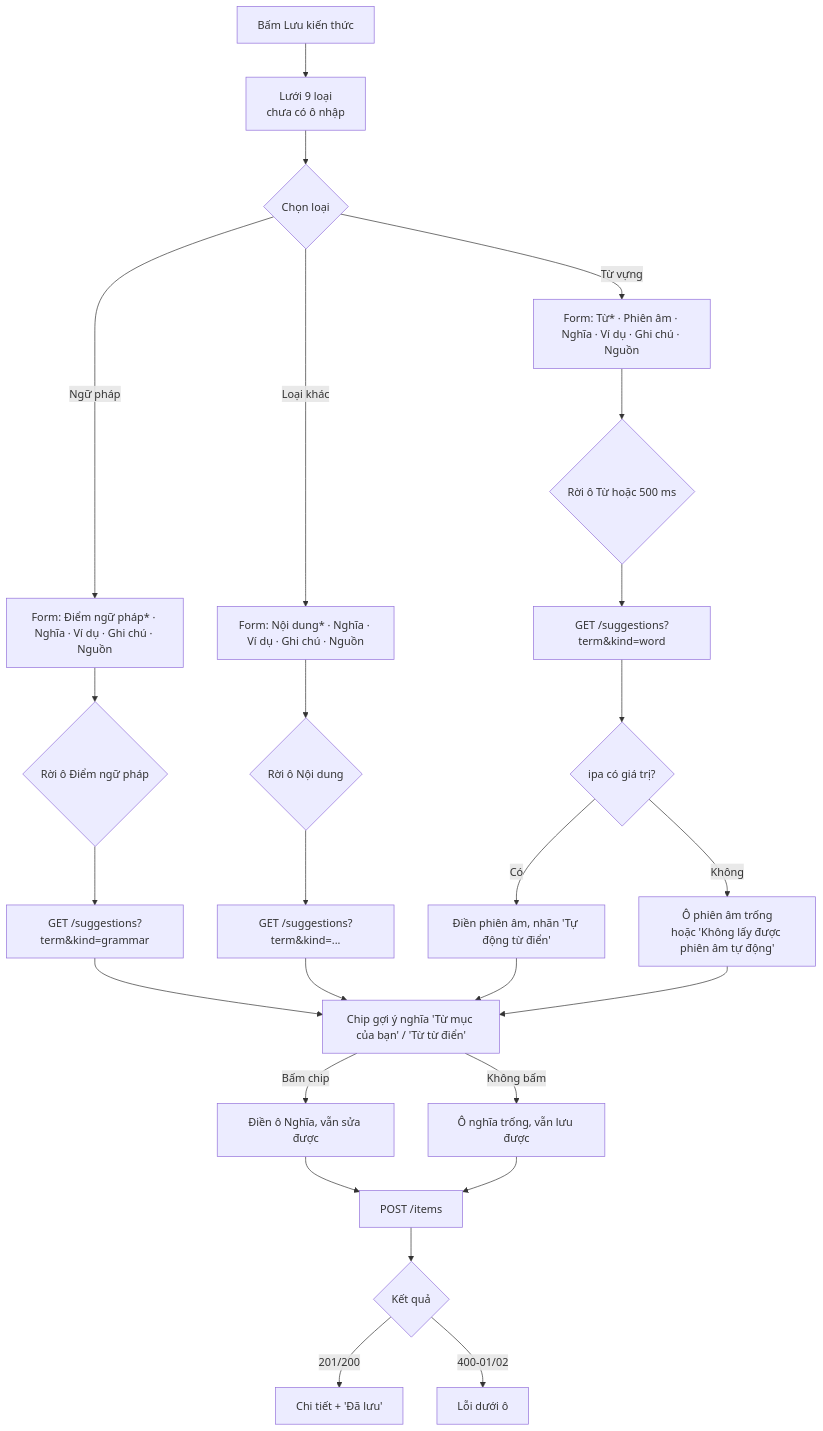
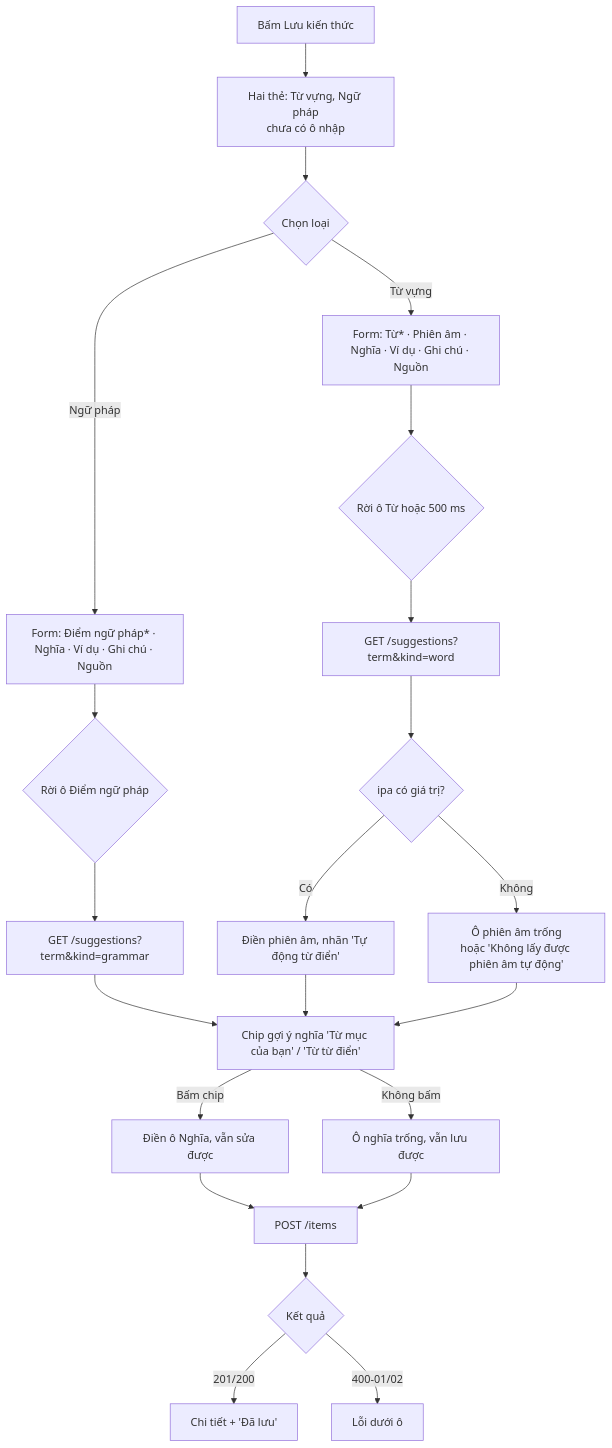
One commit to pamela172103/Lingozi changed the third of 3 diagrams in docs/features/knowledge-items/design/flows.md. Above: the diagram before and after it, drawn with Mermaid. The commit also changed other lines of this file and 13 other files, not shown here.

````diff
--- a/docs/features/knowledge-items/design/flows.md
+++ b/docs/features/knowledge-items/design/flows.md
@@ -56,28 +56,24 @@
 ```mermaid
 flowchart TD
-    A[Bấm Lưu kiến thức] --> K[Lưới 9 loại<br/>chưa có ô nhập]
+    A[Bấm Lưu kiến thức] --> K[Hai thẻ: Từ vựng, Ngữ pháp<br/>chưa có ô nhập]
     K --> T{Chọn loại}
     T -- Từ vựng --> W[Form: Từ* · Phiên âm · Nghĩa · Ví dụ · Ghi chú · Nguồn]
     T -- Ngữ pháp --> G[Form: Điểm ngữ pháp* · Nghĩa · Ví dụ · Ghi chú · Nguồn]
-    T -- Loại khác --> O[Form: Nội dung* · Nghĩa · Ví dụ · Ghi chú · Nguồn]
     W --> WT{Rời ô Từ hoặc 500 ms}
     WT --> SG[GET /suggestions?term&kind=word]
     SG --> IPA{ipa có giá trị?}
     IPA -- Có --> PF[Điền phiên âm, nhãn 'Tự động từ điển']
     IPA -- Không --> PE[Ô phiên âm trống<br/>hoặc 'Không lấy được phiên âm tự động']
     G --> GT{Rời ô Điểm ngữ pháp}
-    O --> OT{Rời ô Nội dung}
     GT --> SG2[GET /suggestions?term&kind=grammar]
-    OT --> SG3[GET /suggestions?term&kind=...]
     SG2 --> M[Chip gợi ý nghĩa 'Từ mục của bạn' / 'Từ từ điển']
-    SG3 --> M
     PF --> M
     PE --> M
     M -- Bấm chip --> F[Điền ô Nghĩa, vẫn sửa được]
     M -- Không bấm --> S[Ô nghĩa trống, vẫn lưu được]
     F --> SAVE[POST /items]
     S --> SAVE
     SAVE --> R{Kết quả}
     R -- 201/200 --> OK[Chi tiết + 'Đã lưu']
     R -- 400-01/02 --> E[Lỗi dưới ô]
 ```
````
